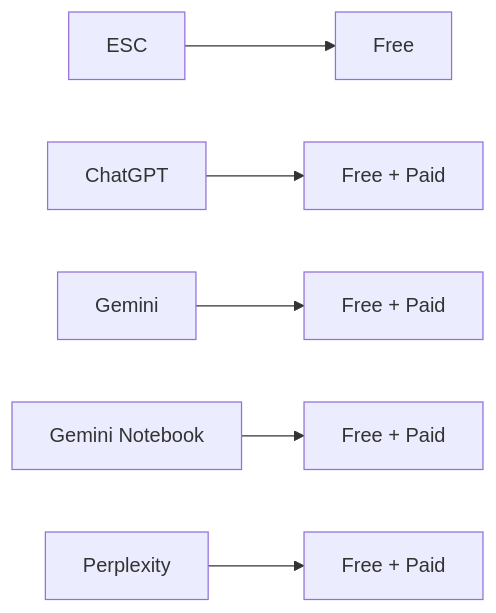
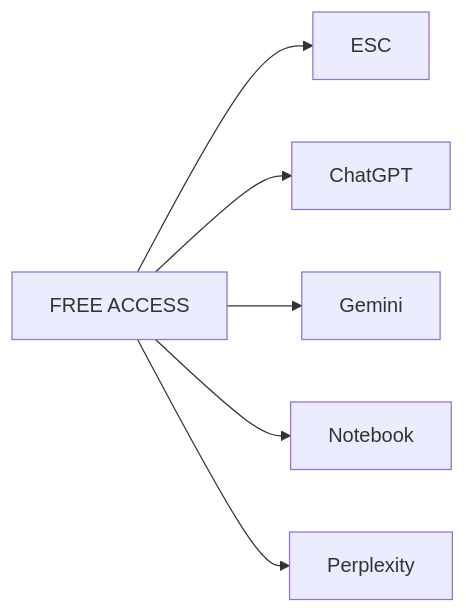
Diagram 12 of 12 in README.md (mahik2007/hackathon), drawn with Mermaid before and after one commit. The commit also changed other lines of this file, not shown here.

````diff
--- a/README.md
+++ b/README.md
@@ -197,8 +211,9 @@
 ```mermaid
 flowchart LR
-    E[ESC] --> F[Free]
-    C[ChatGPT] --> CF[Free + Paid]
-    G[Gemini] --> GF[Free + Paid]
-    N[Gemini Notebook] --> NF[Free + Paid]
-    P[Perplexity] --> PF[Free + Paid]
+F[FREE ACCESS]
+F --> E[ESC]
+F --> C[ChatGPT]
+F --> G[Gemini]
+F --> N[Notebook]
+F --> P[Perplexity]
 ```
````
